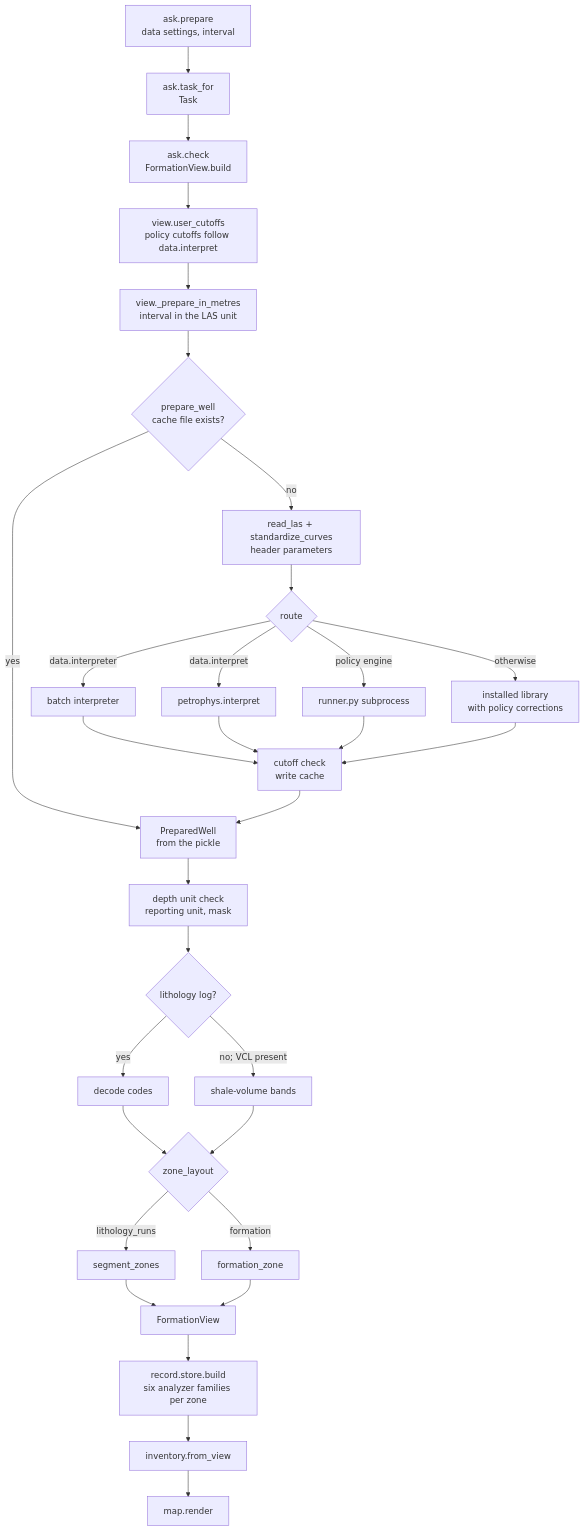
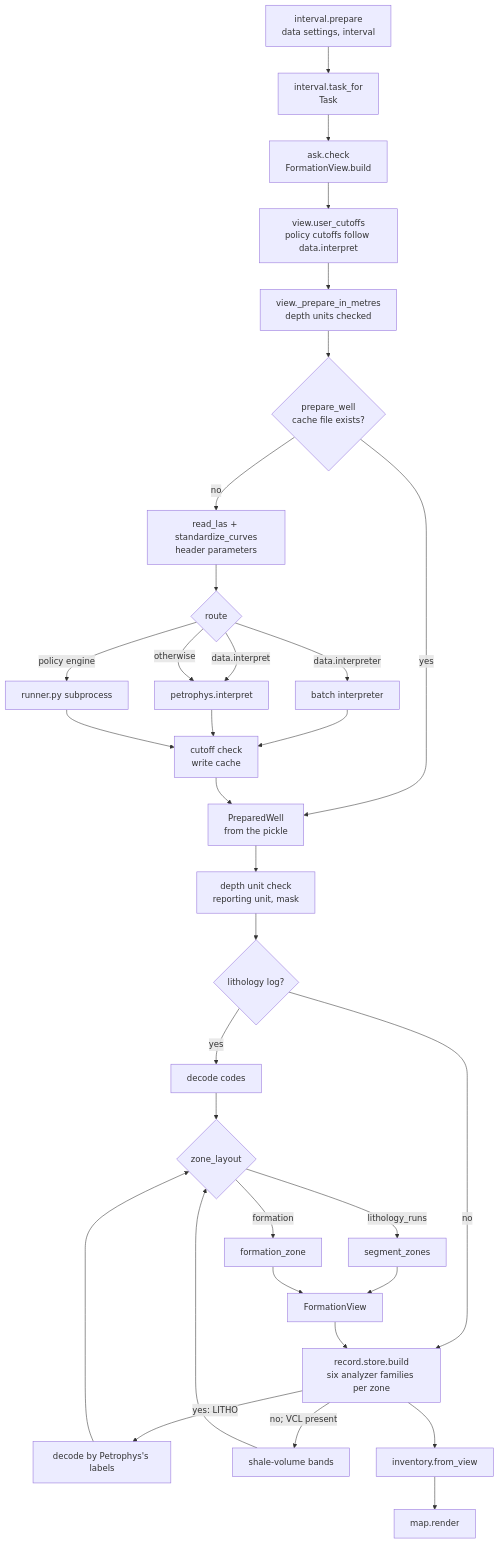
Before and after one commit to sambalshikhar/PetroHarness: the second of 2 diagrams in docs/reference/WELL_PREPARATION.md, drawn with Mermaid. The commit also changed other lines of this file and 248 other files, not shown here.

````diff
--- a/docs/reference/WELL_PREPARATION.md
+++ b/docs/reference/WELL_PREPARATION.md
@@ -50,33 +50,35 @@
 ```mermaid
 flowchart TD
-    A["ask.prepare<br/>data settings, interval"] --> B["ask.task_for<br/>Task"]
+    A["interval.prepare<br/>data settings, interval"] --> B["interval.task_for<br/>Task"]
     B --> C["ask.check<br/>FormationView.build"]
     C --> D["view.user_cutoffs<br/>policy cutoffs follow data.interpret"]
-    D --> E["view._prepare_in_metres<br/>interval in the LAS unit"]
+    D --> E["view._prepare_in_metres<br/>depth units checked"]
     E --> F{"prepare_well<br/>cache file exists?"}
     F -- yes --> G["PreparedWell<br/>from the pickle"]
     F -- no --> H["read_las + standardize_curves<br/>header parameters"]
     H --> I{"route"}
     I -- "data.interpreter" --> I1["batch interpreter"]
     I -- "data.interpret" --> I2["petrophys.interpret"]
     I -- "policy engine" --> I3["runner.py subprocess"]
-    I -- "otherwise" --> I4["installed library<br/>with policy corrections"]
+    I -- "otherwise" --> I2
     I1 --> J["cutoff check<br/>write cache"]
     I2 --> J
     I3 --> J
-    I4 --> J
     J --> G
     G --> K["depth unit check<br/>reporting unit, mask"]
     K --> L{"lithology log?"}
     L -- yes --> M["decode codes"]
-    L -- "no; VCL present" --> N["shale-volume bands"]
+    L -- no --> S{"Petrophys solved<br/>a lithology?"}
+    S -- "yes: LITHO" --> M2["decode by Petrophys's labels"]
+    S -- "no; VCL present" --> N["shale-volume bands"]
     M --> O{"zone_layout"}
+    M2 --> O
     N --> O
     O -- lithology_runs --> P["segment_zones"]
     O -- formation --> Q["formation_zone"]
     P --> R["FormationView"]
     Q --> R
     R --> S["record.store.build<br/>six analyzer families per zone"]
     S --> T["inventory.from_view"]
     T --> U["map.render"]
 ```
````
